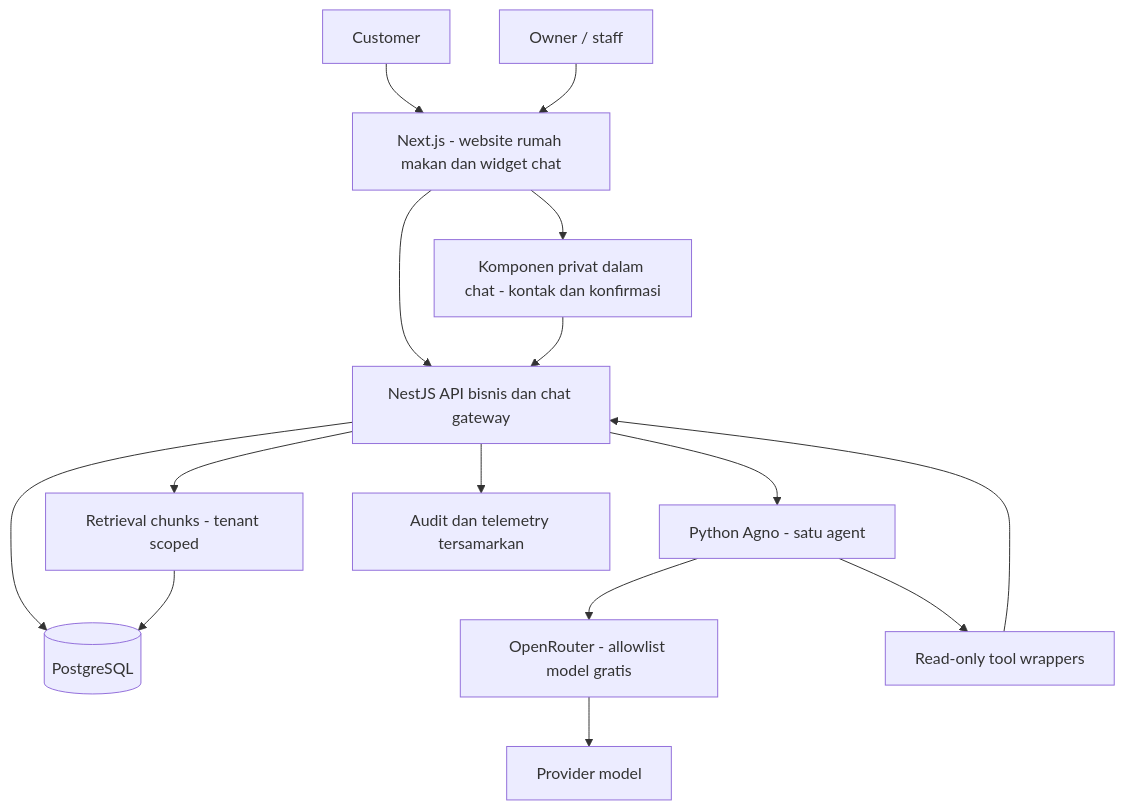
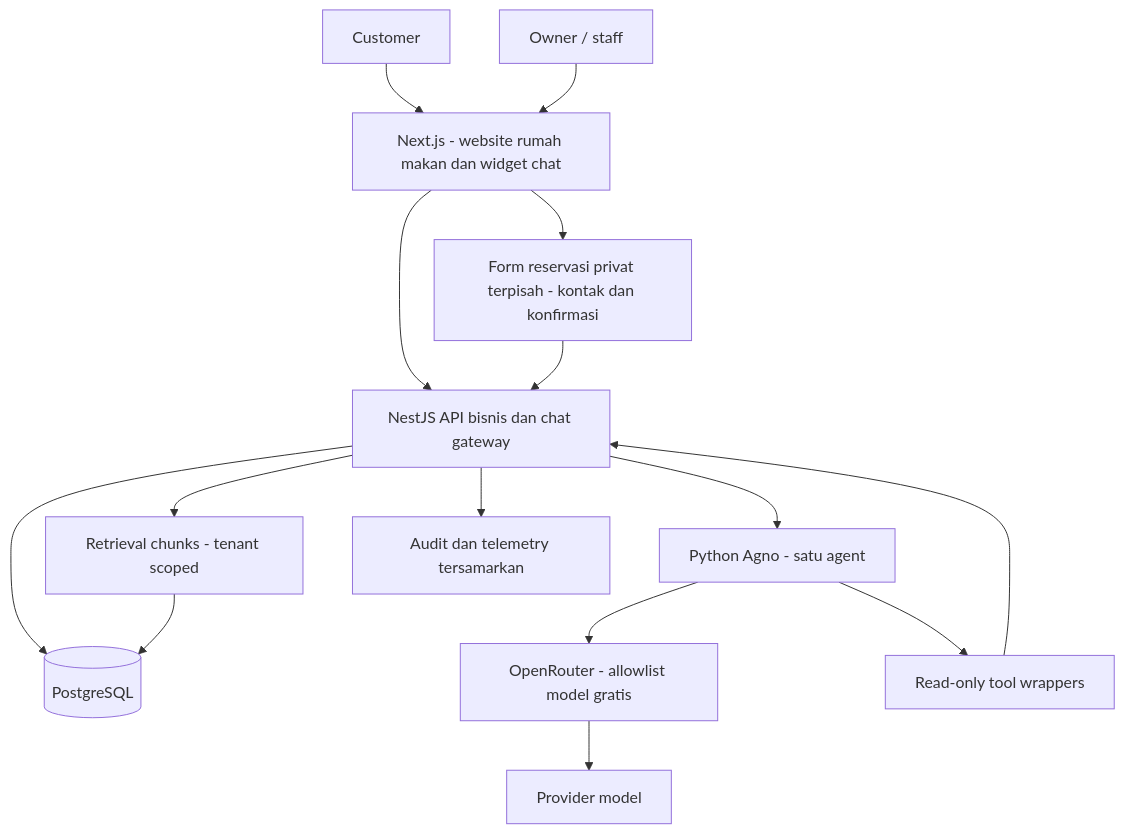
Before and after one commit to wisnufadhillah/Restaurant-Mulit-Tenant: the third of 9 diagrams in PRD — Restaurant Assistant MVP.md, drawn with Mermaid. The commit also changed other lines of this file and 42 other files, not shown here.

````diff
--- a/PRD — Restaurant Assistant MVP.md
+++ b/PRD — Restaurant Assistant MVP.md
@@ -219,17 +198,17 @@
 ```mermaid
 flowchart TB
     Customer[Customer] --> Web[Next.js - website rumah makan dan widget chat]
     Staff[Owner / staff] --> Web
     Web --> API[NestJS API bisnis dan chat gateway]
     API --> DB[(PostgreSQL)]
     API --> AI[Python Agno - satu agent]
     AI --> Router[OpenRouter - allowlist model gratis]
     Router --> LLM[Provider model]
     AI --> Tools[Read-only tool wrappers]
     Tools --> API
     API --> Retrieval[Retrieval chunks - tenant scoped]
     Retrieval --> DB
     API --> Audit[Audit dan telemetry tersamarkan]
-    Web --> Confirm[Komponen privat dalam chat - kontak dan konfirmasi]
+    Web --> Confirm[Form reservasi privat terpisah - kontak dan konfirmasi]
     Confirm --> API
 ```
````
